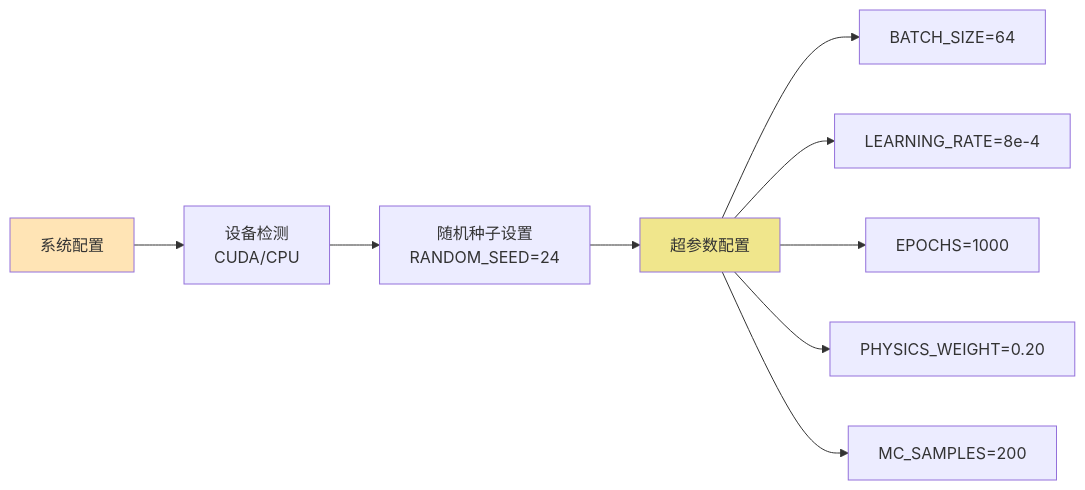
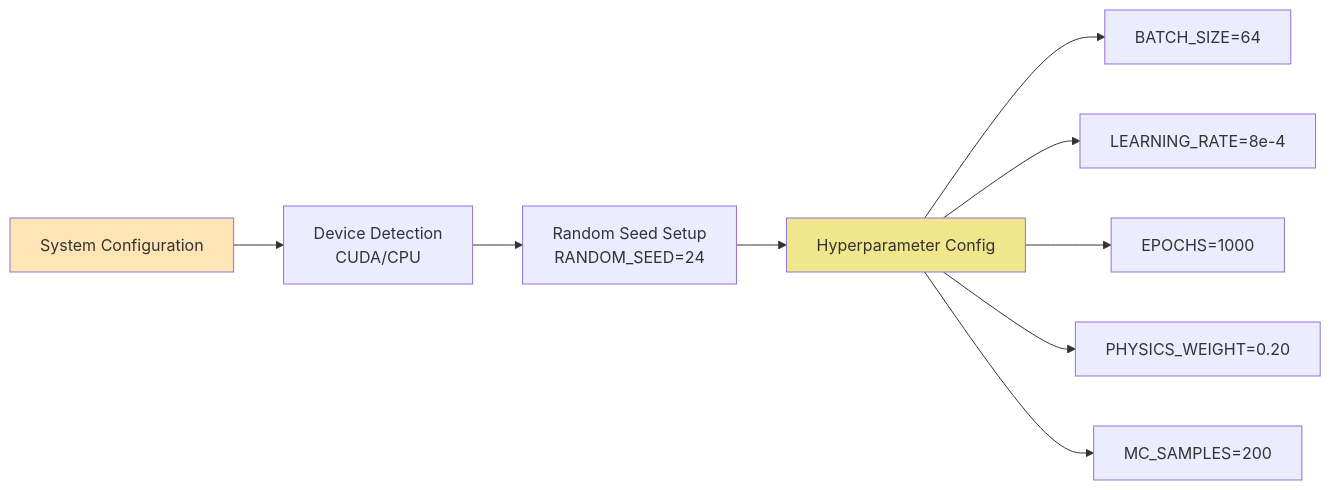
The second of 10 diagrams in 流程图_PINN_Rheology_Prediction.md (Prcmise/PB_Rheo), drawn with Mermaid before and after one commit. The commit also changed other lines of this file, not shown here.

````diff
--- a/流程图_PINN_Rheology_Prediction.md
+++ b/流程图_PINN_Rheology_Prediction.md
@@ -31,15 +31,15 @@
 ```mermaid
 flowchart LR
-    A[系统配置] --> B[设备检测<br/>CUDA/CPU]
-    B --> C[随机种子设置<br/>RANDOM_SEED=24]
-    C --> D[超参数配置]
+    A[System Configuration] --> B[Device Detection<br/>CUDA/CPU]
+    B --> C[Random Seed Setup<br/>RANDOM_SEED=24]
+    C --> D[Hyperparameter Config]
     
     D --> D1[BATCH_SIZE=64]
     D --> D2[LEARNING_RATE=8e-4]
     D --> D3[EPOCHS=1000]
     D --> D4[PHYSICS_WEIGHT=0.20]
     D --> D5[MC_SAMPLES=200]
     
     style A fill:#FFE4B5
     style D fill:#F0E68C
 ```
````
